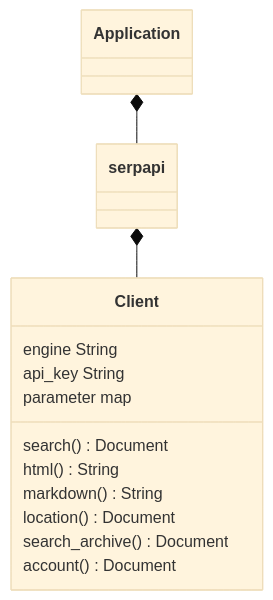
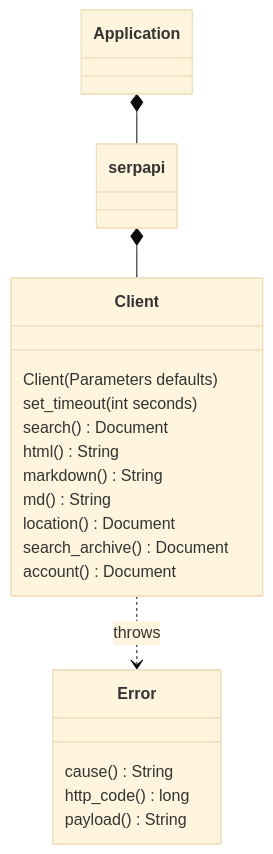
The diagram in README.md (serpapi/serpapi-cpp), drawn with Mermaid (base theme) before and after one commit. The commit also changed other lines of this file and 22 other files, not shown here.

````diff
--- a/README.md
+++ b/README.md
@@ -250,16 +350,22 @@
 ```mermaid
 classDiagram
   Application *-- serpapi 
   serpapi *-- Client
   class Client {
-    engine String
-    api_key String
-    parameter map
+    Client(Parameters defaults)
+    set_timeout(int seconds)
     search() Document
     html() String
     markdown() String
+    md() String
     location() Document
     search_archive() Document
     account() Document
   }
+  Client ..> Error : throws
+  class Error {
+    cause() String
+    http_code() long
+    payload() String
+  }
 ```
````
